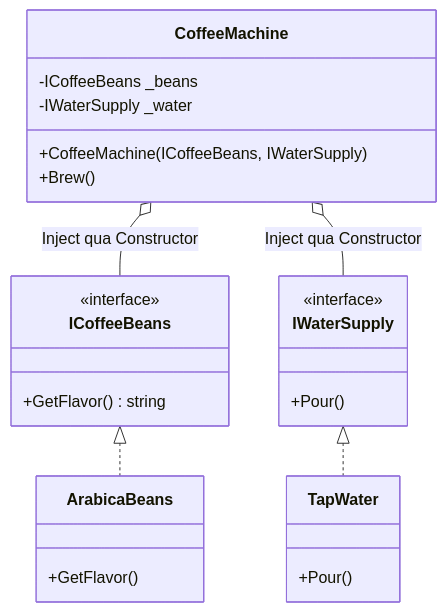
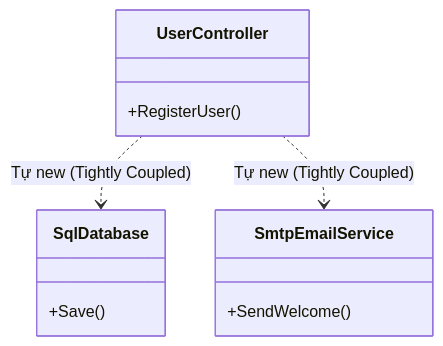
Before and after one commit to maitieubao/VisualizationDSA: the diagram in frontend/src/features/docs/content/di/basics.md, drawn with Mermaid. The commit also changed other lines of this file and 823 other files, not shown here.

First line of the commit message:
feat: Sprint 3 hoàn tất - Classroom, Codelabs, Theory Articles, Graph search viz + redesign QuickSort/MergeSort visualizers

````diff
--- a/frontend/src/features/docs/content/di/basics.md
+++ b/frontend/src/features/docs/content/di/basics.md
@@ -74,28 +56,15 @@
 ```mermaid
 classDiagram
-    class ICoffeeBeans {
-        <<interface>>
-        +GetFlavor() string
+    class UserController {
+        +RegisterUser()
     }
-    class IWaterSupply {
-        <<interface>>
-        +Pour()
+    class SqlDatabase {
+        +Save()
     }
-    class ArabicaBeans {
-        +GetFlavor()
-    }
-    class TapWater {
-        +Pour()
-    }
-    class CoffeeMachine {
-        -ICoffeeBeans _beans
-        -IWaterSupply _water
-        +CoffeeMachine(ICoffeeBeans, IWaterSupply)
-        +Brew()
+    class SmtpEmailService {
+        +SendWelcome()
     }
     
-    ICoffeeBeans <|.. ArabicaBeans
-    IWaterSupply <|.. TapWater
-    CoffeeMachine o-- ICoffeeBeans : Inject qua Constructor
-    CoffeeMachine o-- IWaterSupply : Inject qua Constructor
+    UserController ..> SqlDatabase : Tự new (Tightly Coupled)
+    UserController ..> SmtpEmailService : Tự new (Tightly Coupled)
 ```
````
